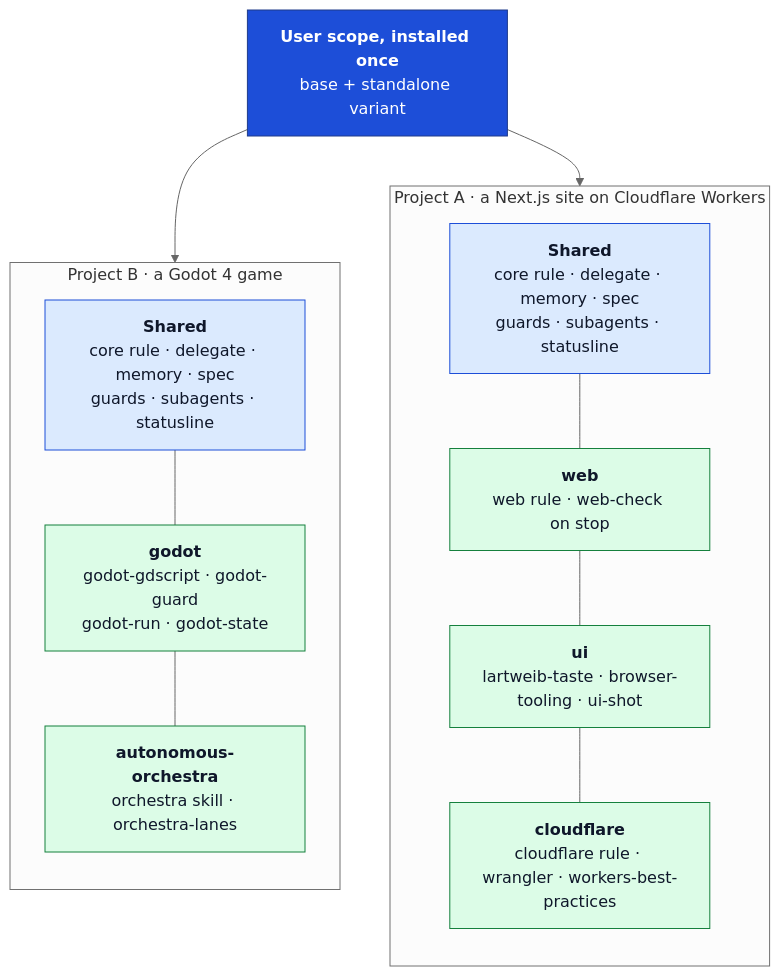
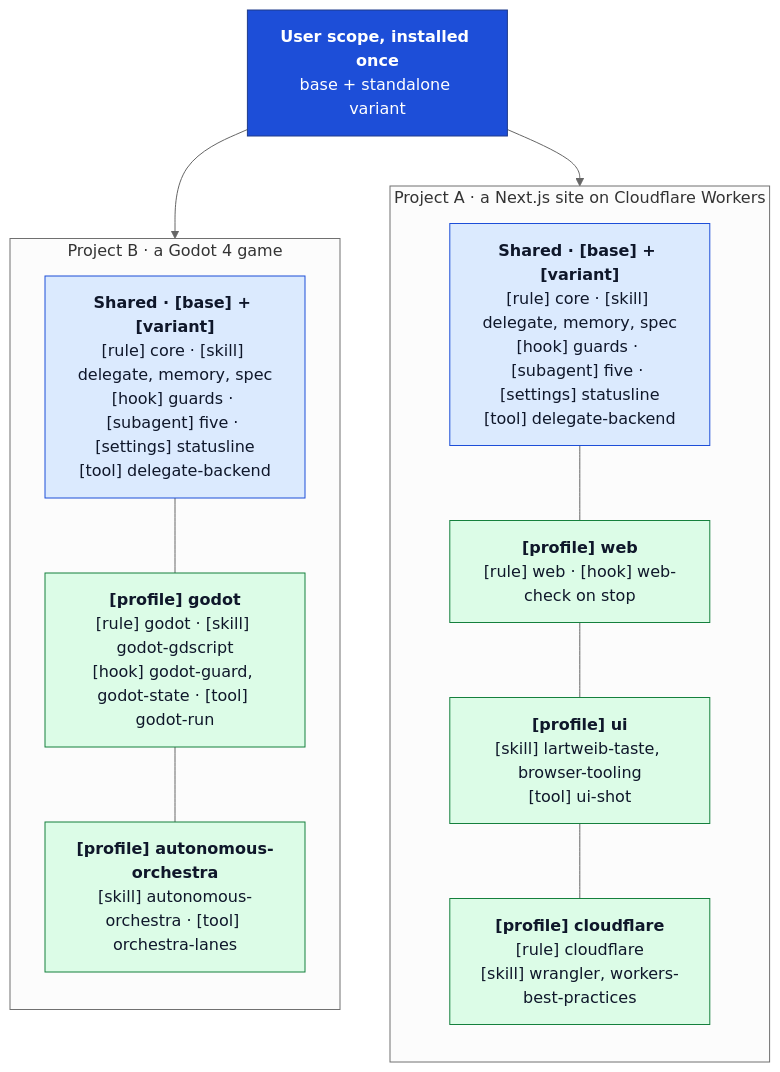
Before and after one commit to Lartweib/dotai-lartweib-pack: the third of 3 diagrams in README.md, drawn with Mermaid (neutral theme). The commit also changed other lines of this file, not shown here.

Commit message:
docs(readme): tag diagram items by layer and kind

````diff
--- a/README.md
+++ b/README.md
@@ -112,31 +112,31 @@
 ```mermaid
 flowchart TB
   U["<b>User scope, installed once</b><br/>base + standalone variant"]
 
   subgraph A["Project A · a Next.js site on Cloudflare Workers"]
     direction TB
-    AS["<b>Shared</b><br/>core rule · delegate · memory · spec<br/>guards · subagents · statusline"]
-    AW["<b>web</b><br/>web rule · web-check on stop"]
-    AU["<b>ui</b><br/>lartweib-taste · browser-tooling · ui-shot"]
-    AC["<b>cloudflare</b><br/>cloudflare rule · wrangler · workers-best-practices"]
+    AS["<b>Shared · [base] + [variant]</b><br/>[rule] core · [skill] delegate, memory, spec<br/>[hook] guards · [subagent] five · [settings] statusline<br/>[tool] delegate-backend"]
+    AW["<b>[profile] web</b><br/>[rule] web · [hook] web-check on stop"]
+    AU["<b>[profile] ui</b><br/>[skill] lartweib-taste, browser-tooling<br/>[tool] ui-shot"]
+    AC["<b>[profile] cloudflare</b><br/>[rule] cloudflare<br/>[skill] wrangler, workers-best-practices"]
     AS --- AW --- AU --- AC
   end
 
   subgraph B["Project B · a Godot 4 game"]
     direction TB
-    BS["<b>Shared</b><br/>core rule · delegate · memory · spec<br/>guards · subagents · statusline"]
-    BG["<b>godot</b><br/>godot-gdscript · godot-guard<br/>godot-run · godot-state"]
-    BO["<b>autonomous-orchestra</b><br/>orchestra skill · orchestra-lanes"]
+    BS["<b>Shared · [base] + [variant]</b><br/>[rule] core · [skill] delegate, memory, spec<br/>[hook] guards · [subagent] five · [settings] statusline<br/>[tool] delegate-backend"]
+    BG["<b>[profile] godot</b><br/>[rule] godot · [skill] godot-gdscript<br/>[hook] godot-guard, godot-state · [tool] godot-run"]
+    BO["<b>[profile] autonomous-orchestra</b><br/>[skill] autonomous-orchestra · [tool] orchestra-lanes"]
     BS --- BG --- BO
   end
 
   U --> AS
   U --> BS
 
   classDef user fill:#1d4ed8,stroke:#1e3a8a,color:#ffffff
   classDef shared fill:#dbeafe,stroke:#1d4ed8,color:#0f172a
   classDef profile fill:#dcfce7,stroke:#15803d,color:#0f172a
   class U user
   class AS,BS shared
   class AW,AU,AC,BG,BO profile
 ```
````
